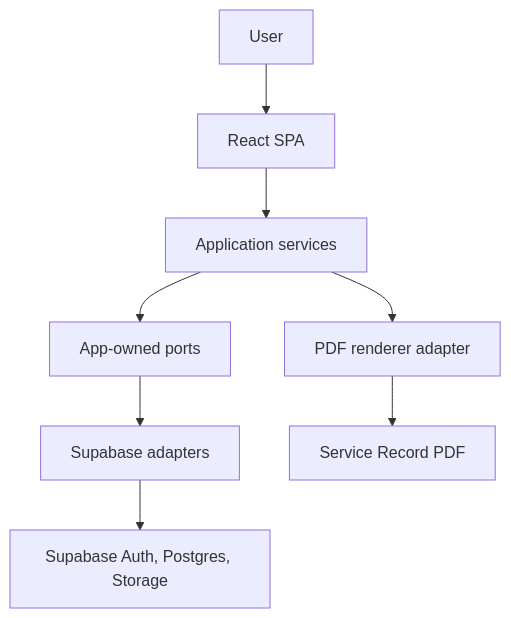
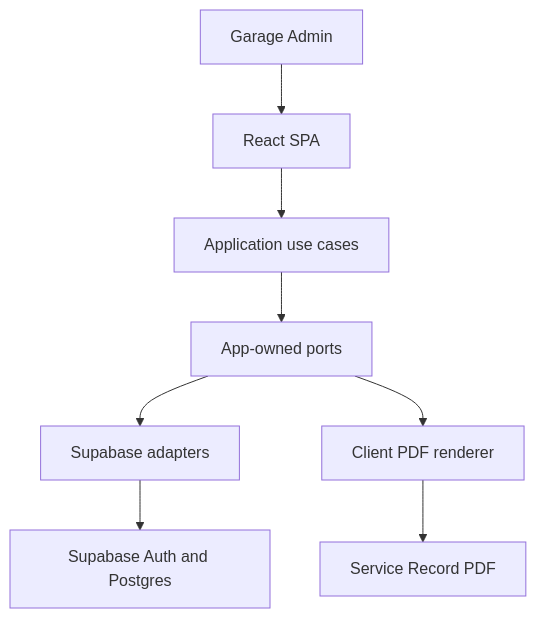
One commit to vfidelix/fullstack-garage changed the first of 4 diagrams in docs/architecture/fullstack-garage-architecture.md. Above: the diagram before and after it, drawn with Mermaid. The commit also changed other lines of this file and 4 other files, not shown here.

````diff
--- a/docs/architecture/fullstack-garage-architecture.md
+++ b/docs/architecture/fullstack-garage-architecture.md
@@ -95,10 +59,10 @@
 ```mermaid
 flowchart TD
-    User["User"] --> Web["React SPA"]
-    Web --> App["Application services"]
-    App --> Ports["App-owned ports"]
-    Ports --> Adapters["Supabase adapters"]
-    Adapters --> Platform["Supabase Auth, Postgres, Storage"]
-    App --> PDF["PDF renderer adapter"]
-    PDF --> Download["Service Record PDF"]
+    Admin["Garage Admin"] --> SPA["React SPA"]
+    SPA --> Application["Application use cases"]
+    Application --> Ports["App-owned ports"]
+    Ports --> SupabaseAdapters["Supabase adapters"]
+    SupabaseAdapters --> Supabase["Supabase Auth and Postgres"]
+    Ports --> PdfAdapter["Client PDF renderer"]
+    PdfAdapter --> Download["Service Record PDF"]
 ```
````
